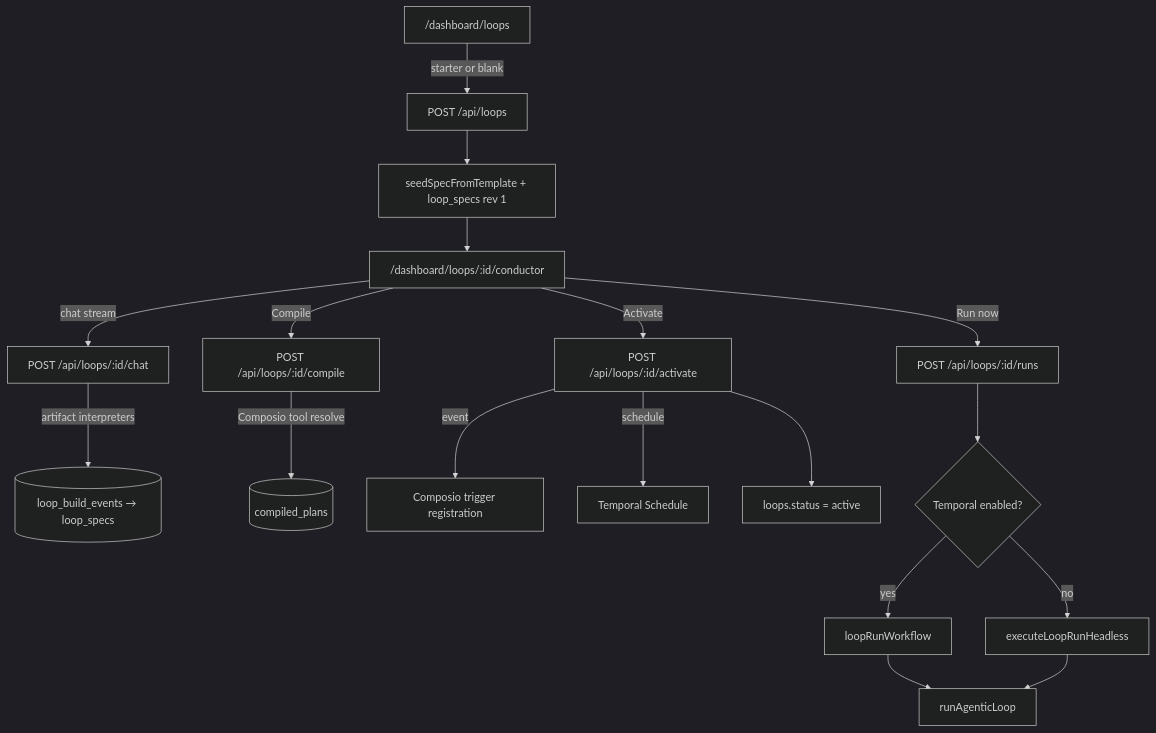
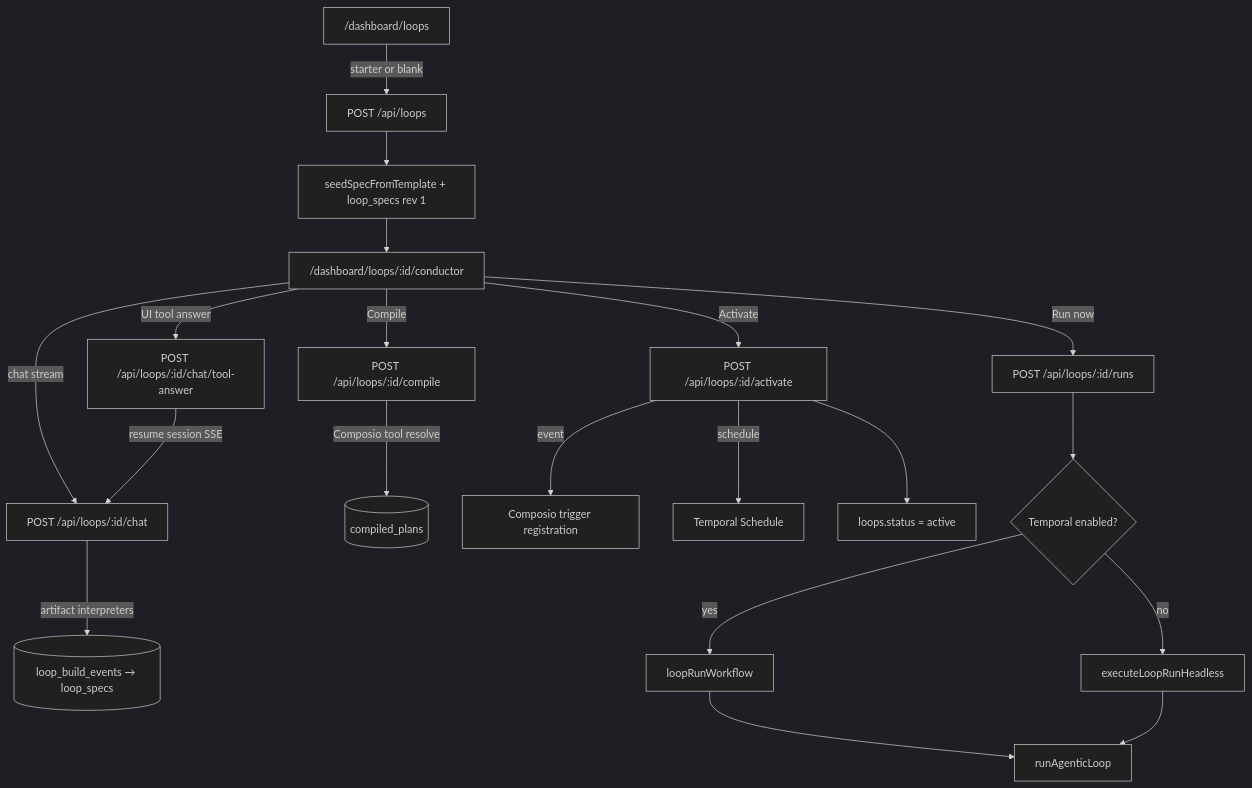
The first of 6 diagrams in docs/conductor.md (Dinuda/tallei-ai), drawn with Mermaid (dark theme) before and after one commit. The commit also changed other lines of this file and 50 other files, not shown here.

First line of the commit message:
Enhance Conductor components with tool answer submission and UI improvements

````diff
--- a/docs/conductor.md
+++ b/docs/conductor.md
@@ -55,24 +54,26 @@
 ```mermaid
 flowchart TD
   A["/dashboard/loops"] -->|starter or blank| B[POST /api/loops]
   B --> C[seedSpecFromTemplate + loop_specs rev 1]
   C --> D["/dashboard/loops/:id/conductor"]
 
   D -->|chat stream| E[POST /api/loops/:id/chat]
+  D -->|UI tool answer| E2[POST /api/loops/:id/chat/tool-answer]
   E -->|artifact interpreters| F[(loop_build_events → loop_specs)]
+  E2 -->|resume session SSE| E
 
   D -->|Compile| G[POST /api/loops/:id/compile]
   G -->|Composio tool resolve| H[(compiled_plans)]
 
   D -->|Activate| I[POST /api/loops/:id/activate]
   I -->|event| J[Composio trigger registration]
   I -->|schedule| K[Temporal Schedule]
   I --> L[loops.status = active]
 
   D -->|Run now| M[POST /api/loops/:id/runs]
   M --> N{Temporal enabled?}
   N -->|yes| O[loopRunWorkflow]
   N -->|no| P[executeLoopRunHeadless]
   O --> Q[runAgenticLoop]
   P --> Q
 ```
````
